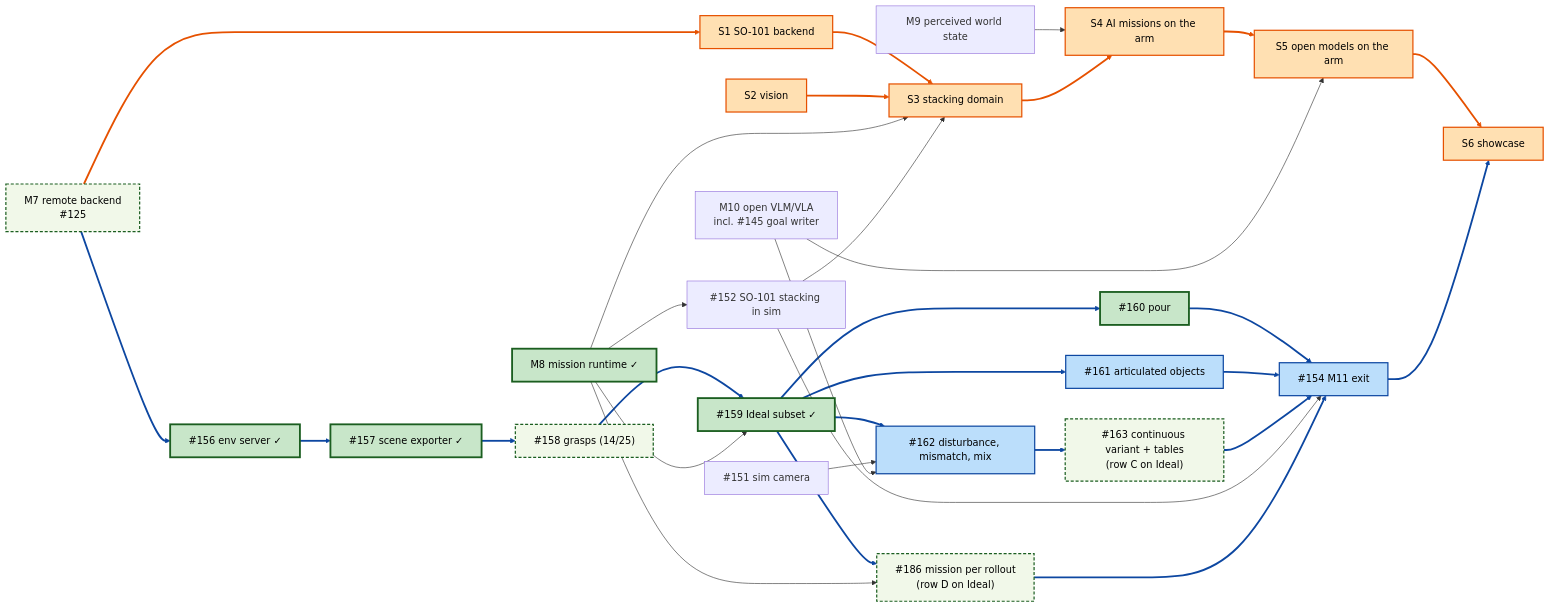
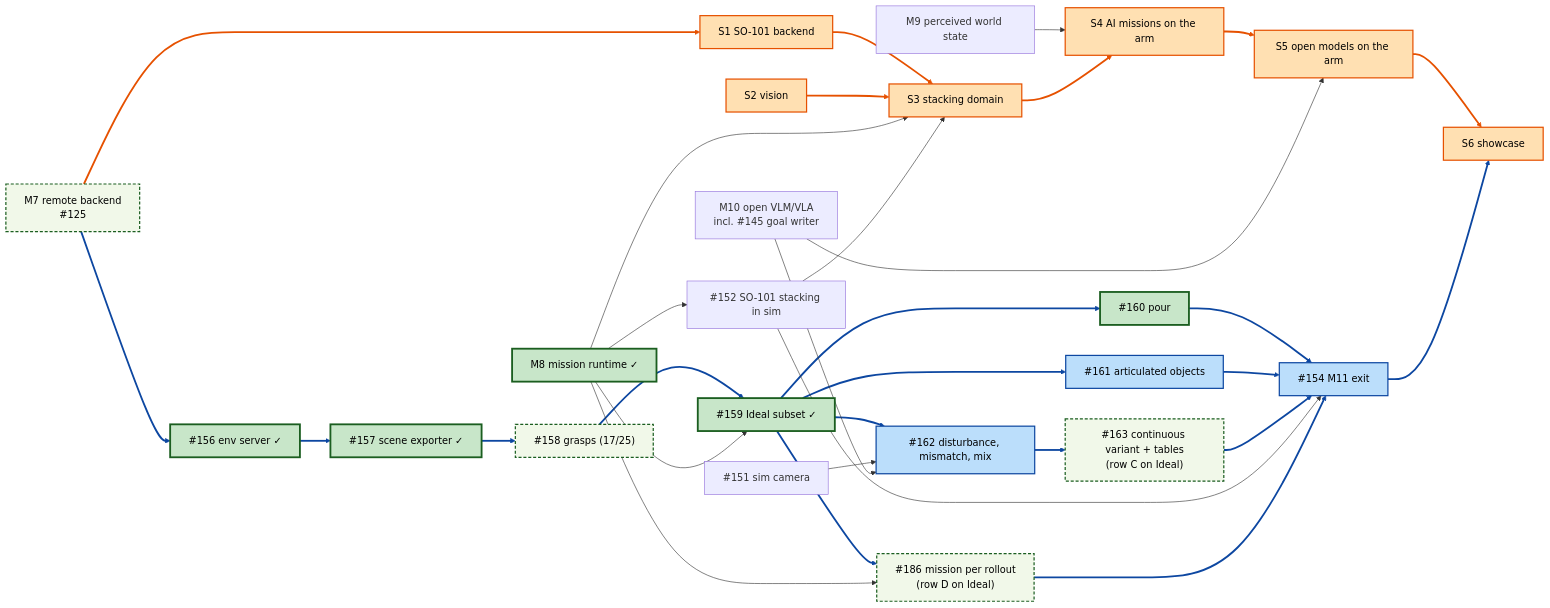
Before and after one commit to thanhndv212/long-tamp: the diagram in docs/plans/roadmap.md, drawn with Mermaid. The commit also changed other lines of this file and 2 other files, not shown here.

Commit message:
docs(eval): record the R3 grasp-lift of the tilted grasps (#158)
black_book and glazed_rim_porcelain_ramekin pick, macaroni_and_cheese is
held; moka_pot still fails. R3 at 17 of 25 picked, 5 held.

````diff
--- a/docs/plans/roadmap.md
+++ b/docs/plans/roadmap.md
@@ -171,65 +171,65 @@
 ```mermaid
 flowchart LR
   M7[M7 remote backend<br/>#125]
   M8[M8 mission runtime ✓]
   M9[M9 perceived world state]
   M10[M10 open VLM/VLA<br/>incl. #145 goal writer]
   CAM["#151 sim camera"]
   SIM["#152 SO-101 stacking in sim"]
   R1["#156 env server ✓"]
   R2["#157 scene exporter ✓"]
-  R3["#158 grasps (14/25)"]
+  R3["#158 grasps (17/25)"]
   R4["#159 Ideal subset ✓"]
   R5["#160 pour"]
   R6["#161 articulated objects"]
   R7["#162 disturbance, mismatch, mix"]
   R8["#163 continuous variant + tables<br/>(row C on Ideal)"]
   R9["#186 mission per rollout<br/>(row D on Ideal)"]
   X["#154 M11 exit"]
   S1[S1 SO-101 backend]
   S2[S2 vision]
   S3[S3 stacking domain]
   S4[S4 AI missions on the arm]
   S5[S5 open models on the arm]
   S6[S6 showcase]
   M7 --> R1
   R1 --> R2
   R2 --> R3
   R3 --> R4
   M8 --> R4
   R4 --> R5
   R4 --> R6
   R4 --> R7
   CAM --> R7
   M10 --> R7
   R7 --> R8
   R5 --> X
   R6 --> X
   R8 --> X
   M8 --> SIM
   SIM --> X
   M7 --> S1
   S1 --> S3
   S2 --> S3
   M8 --> S3
   SIM --> S3
   M9 --> S4
   S3 --> S4
   S4 --> S5
   M10 --> S5
   S5 --> S6
   X --> S6
   R4 --> R9
   M8 --> R9
   R9 --> X
   classDef hw fill:#ffe0b2,stroke:#e65100,stroke-width:2px,color:#000
   classDef bench fill:#bbdefb,stroke:#0d47a1,stroke-width:2px,color:#000
   class S1,S2,S3,S4,S5,S6 hw
   class R1,R2,R3,R4,R5,R6,R7,R8,R9,X bench
   classDef done fill:#c8e6c9,stroke:#1b5e20,stroke-width:3px,color:#000
   classDef partial fill:#f1f8e9,stroke:#1b5e20,stroke-width:2px,stroke-dasharray:5 3,color:#000
   class M8,R1,R2,R4,R5 done
   class M7,R3,R8,R9 partial
   linkStyle 16,17,18,22,23,25 stroke:#e65100,stroke-width:3px
   linkStyle 0,1,2,3,5,6,7,10,11,12,13,26,27,29 stroke:#0d47a1,stroke-width:3px
 ```
````
